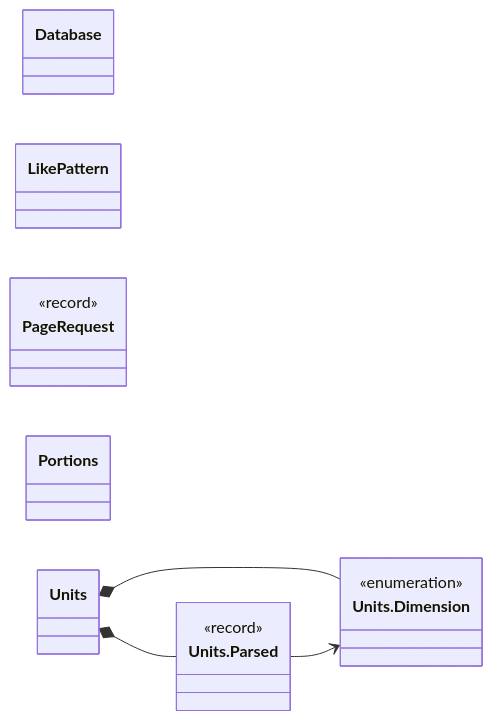
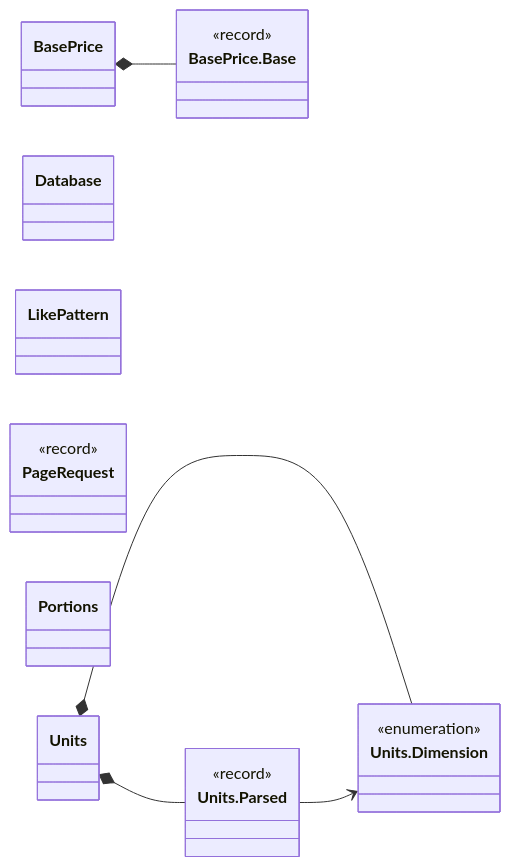
Before and after one commit to Nate-ryan-7690/dahaem: the first of 10 diagrams in docs/classes/shared.md, drawn with Mermaid. The commit also changed other lines of this file and 4 other files, not shown here.

````diff
--- a/docs/classes/shared.md
+++ b/docs/classes/shared.md
@@ -11,20 +11,25 @@
 ```mermaid
 classDiagram
     direction LR
+    class shared_BasePrice["BasePrice"]
+    class shared_BasePrice_Base["BasePrice.Base"] {
+        <<record>>
+    }
     class shared_Database["Database"]
     class shared_LikePattern["LikePattern"]
     class shared_PageRequest["PageRequest"] {
         <<record>>
     }
     class shared_Portions["Portions"]
     class shared_Units["Units"]
     class shared_Units_Dimension["Units.Dimension"] {
         <<enumeration>>
     }
     class shared_Units_Parsed["Units.Parsed"] {
         <<record>>
     }
+    shared_BasePrice *-- shared_BasePrice_Base
     shared_Units *-- shared_Units_Dimension
     shared_Units *-- shared_Units_Parsed
     shared_Units_Parsed --> shared_Units_Dimension
 ```
````
